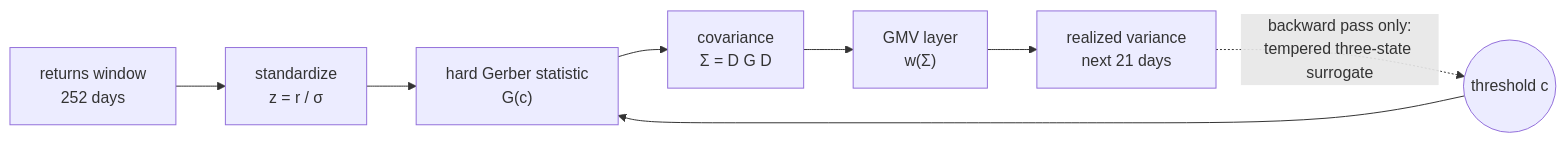
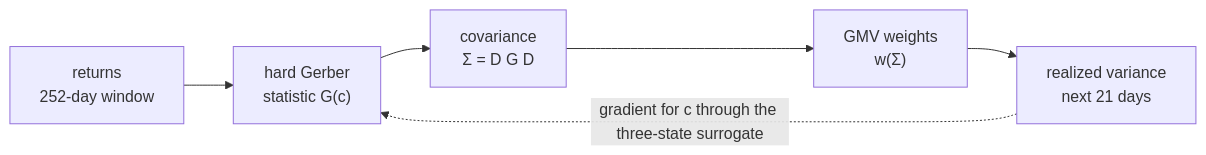
One commit to jubro839/DiffGerber changed the diagram in README.md. Above: the diagram before and after it, drawn with Mermaid. The commit also changed other lines of this file, not shown here.

First line of the commit message:
README: render the method equations and shrink the pipeline diagram

````diff
--- a/README.md
+++ b/README.md
@@ -75,10 +75,8 @@
 ```mermaid
 flowchart LR
-    R["returns window<br/>252 days"] --> Z["standardize<br/>z = r / σ"]
-    Z --> G["hard Gerber statistic<br/>G(c)"]
+    R["returns<br/>252-day window"] --> G["hard Gerber<br/>statistic G(c)"]
     G --> S["covariance<br/>Σ = D G D"]
-    S --> W["GMV layer<br/>w(Σ)"]
+    S --> W["GMV weights<br/>w(Σ)"]
     W --> L["realized variance<br/>next 21 days"]
-    L -. "backward pass only:<br/>tempered three-state surrogate" .-> C(("threshold c"))
-    C --> G
+    L -. "gradient for c through the three-state surrogate" .-> G
 ```
````
